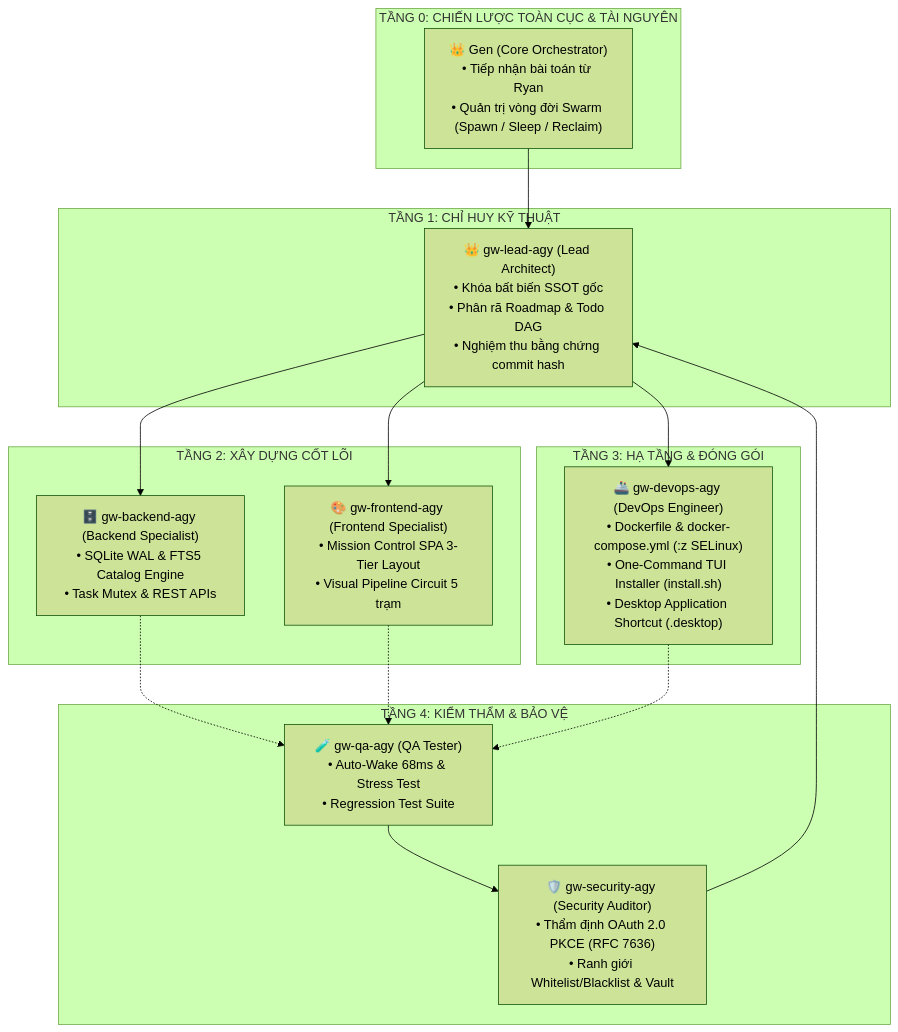
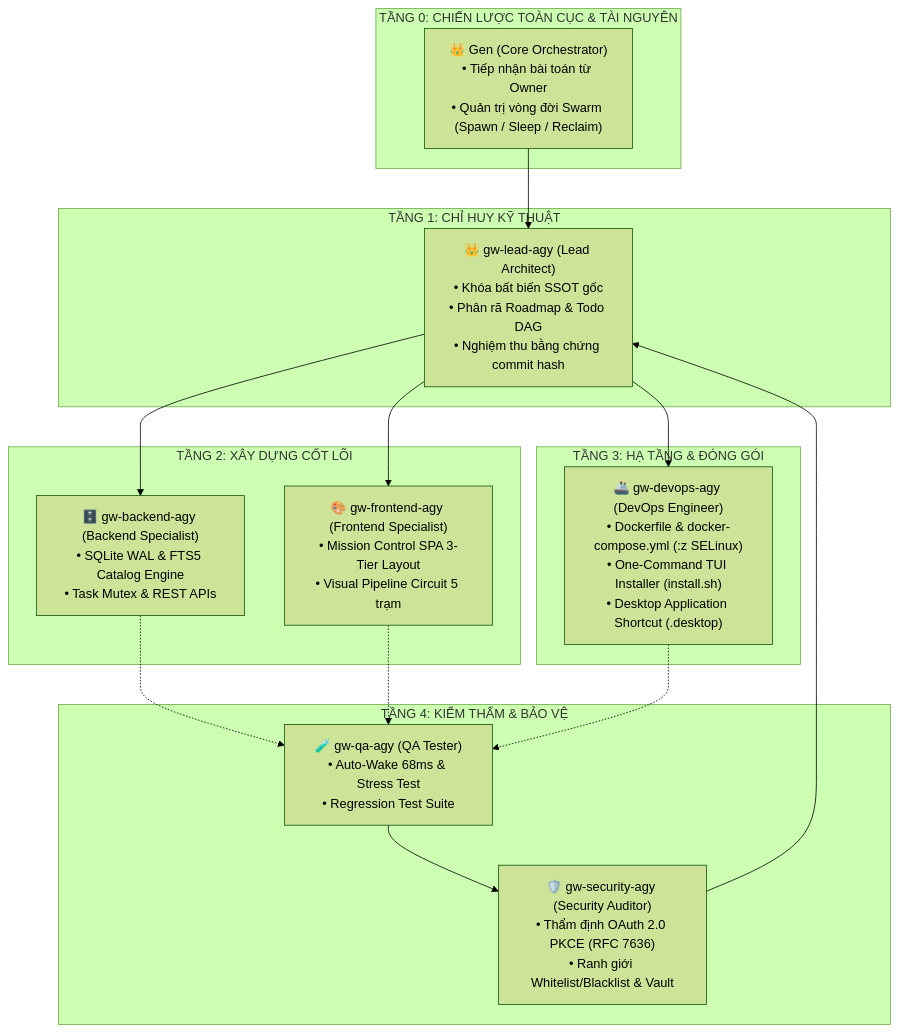
Before and after one commit to Genesis-ryan-84-0567536339/gen-workplace: the diagram in README.md, drawn with Mermaid (forest theme). The commit also changed other lines of this file and 9 other files, not shown here.

````diff
--- a/README.md
+++ b/README.md
@@ -16,34 +23,34 @@
 ```mermaid
 flowchart TD
     subgraph TIER0["TẦNG 0: CHIẾN LƯỢC TOÀN CỤC & TÀI NGUYÊN"]
-        Gen["👑 Gen (Core Orchestrator)<br/>• Tiếp nhận bài toán từ Ryan<br/>• Quản trị vòng đời Swarm (Spawn / Sleep / Reclaim)"]
+        Gen["👑 Gen (Core Orchestrator)<br/>• Tiếp nhận bài toán từ Owner<br/>• Quản trị vòng đời Swarm (Spawn / Sleep / Reclaim)"]
     end
 
     subgraph TIER1["TẦNG 1: CHỈ HUY KỸ THUẬT"]
         Lead["👑 gw-lead-agy (Lead Architect)<br/>• Khóa bất biến SSOT gốc<br/>• Phân rã Roadmap & Todo DAG<br/>• Nghiệm thu bằng chứng commit hash"]
     end
 
     subgraph TIER2["TẦNG 2: XÂY DỰNG CỐT LÕI"]
         Backend["🗄️ gw-backend-agy (Backend Specialist)<br/>• SQLite WAL & FTS5 Catalog Engine<br/>• Task Mutex & REST APIs"]
         Frontend["🎨 gw-frontend-agy (Frontend Specialist)<br/>• Mission Control SPA 3-Tier Layout<br/>• Visual Pipeline Circuit 5 trạm"]
     end
 
     subgraph TIER3["TẦNG 3: HẠ TẦNG & ĐÓNG GÓI"]
         DevOps["🚢 gw-devops-agy (DevOps Engineer)<br/>• Dockerfile & docker-compose.yml (:z SELinux)<br/>• One-Command TUI Installer (install.sh)<br/>• Desktop Application Shortcut (.desktop)"]
     end
 
     subgraph TIER4["TẦNG 4: KIỂM THẨM & BẢO VỆ"]
         QA["🧪 gw-qa-agy (QA Tester)<br/>• Auto-Wake 68ms & Stress Test<br/>• Regression Test Suite"]
         Sec["🛡️ gw-security-agy (Security Auditor)<br/>• Thẩm định OAuth 2.0 PKCE (RFC 7636)<br/>• Ranh giới Whitelist/Blacklist & Vault"]
     end
 
     Gen --> Lead
     Lead --> Backend
     Lead --> Frontend
     Lead --> DevOps
     Backend -.-> QA
     Frontend -.-> QA
     DevOps -.-> QA
     QA --> Sec
     Sec --> Lead
 ```
````
